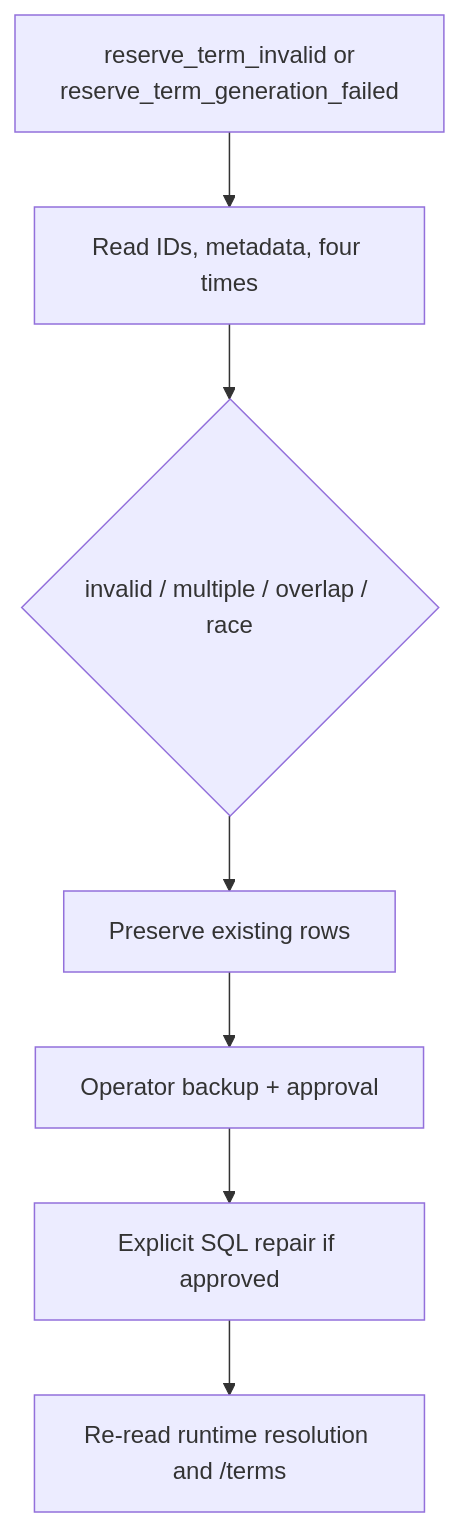
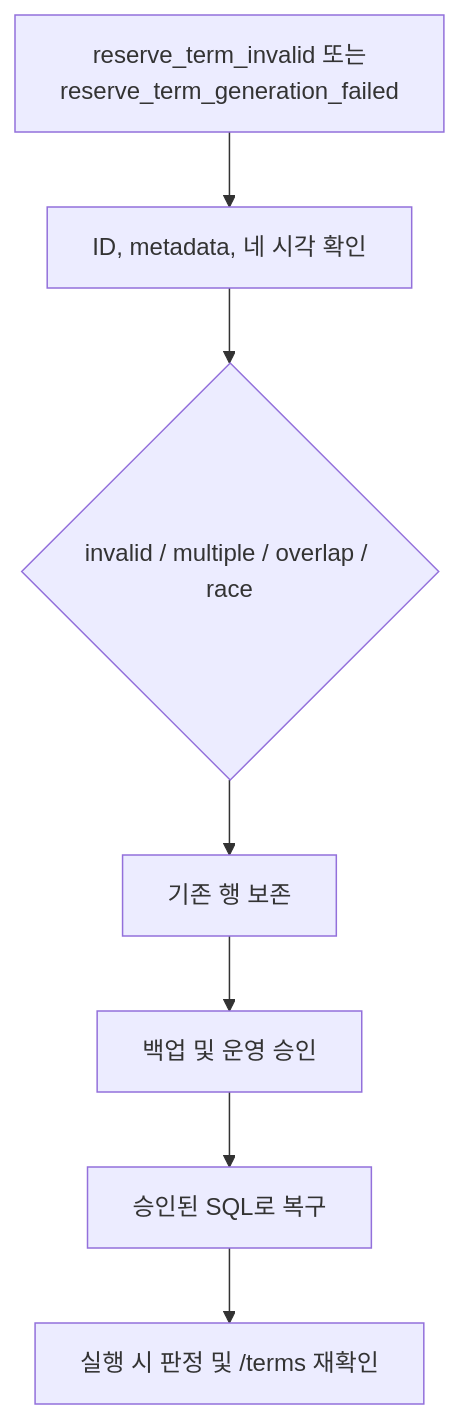
The diagram in docs/reserve-term-recovery-runbook.md (wafflestudio/csereal-server), drawn with Mermaid before and after one commit. The commit also changed other lines of this file and 2 other files, not shown here.

````diff
--- a/docs/reserve-term-recovery-runbook.md
+++ b/docs/reserve-term-recovery-runbook.md
@@ -7,9 +7,9 @@
 ```mermaid
 flowchart TD
-    Alert["reserve_term_invalid or<br/>reserve_term_generation_failed"] --> Read["Read IDs, metadata, four times"]
+    Alert["reserve_term_invalid 또는<br/>reserve_term_generation_failed"] --> Read["ID, metadata, 네 시각 확인"]
     Read --> Classify{"invalid / multiple / overlap / race"}
-    Classify --> Preserve["Preserve existing rows"]
-    Preserve --> Approve["Operator backup + approval"]
-    Approve --> Repair["Explicit SQL repair if approved"]
-    Repair --> Verify["Re-read runtime resolution and /terms"]
+    Classify --> Preserve["기존 행 보존"]
+    Preserve --> Approve["백업 및 운영 승인"]
+    Approve --> Repair["승인된 SQL로 복구"]
+    Repair --> Verify["실행 시 판정 및 /terms 재확인"]
 ```
````
